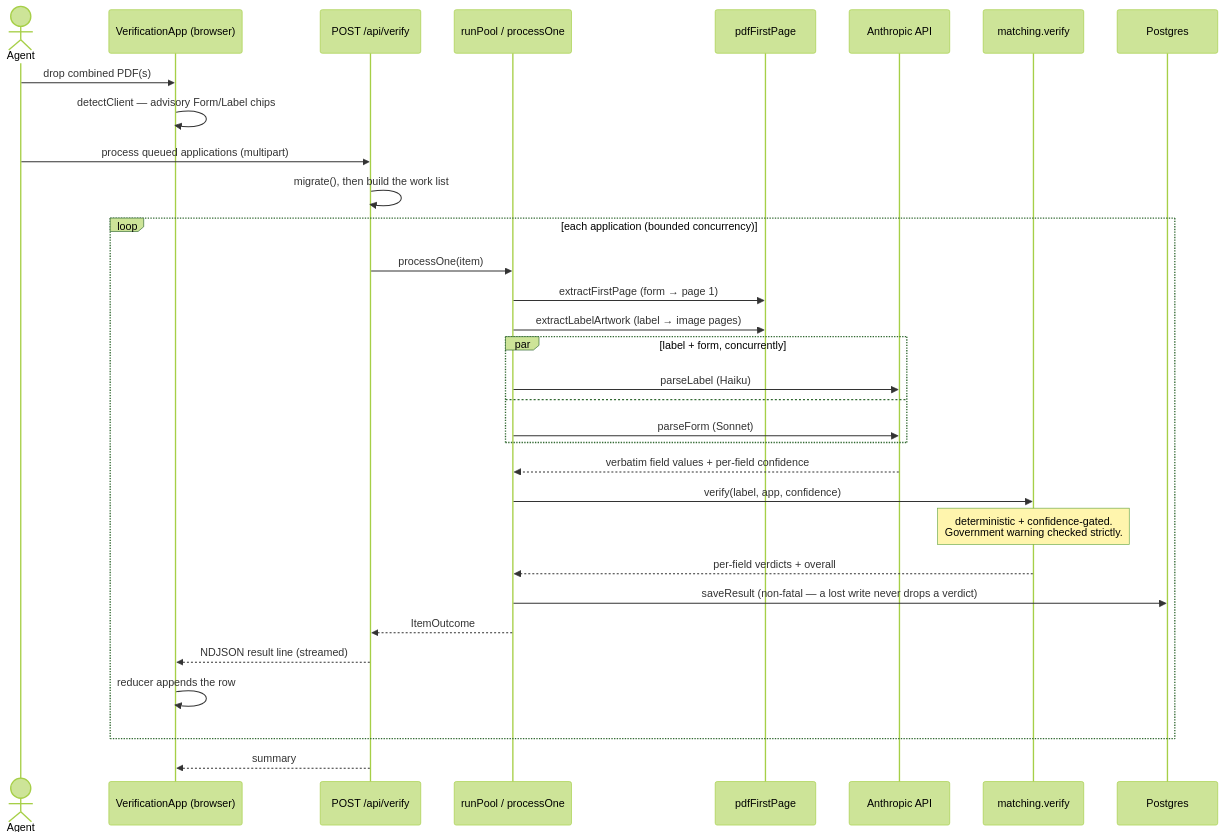
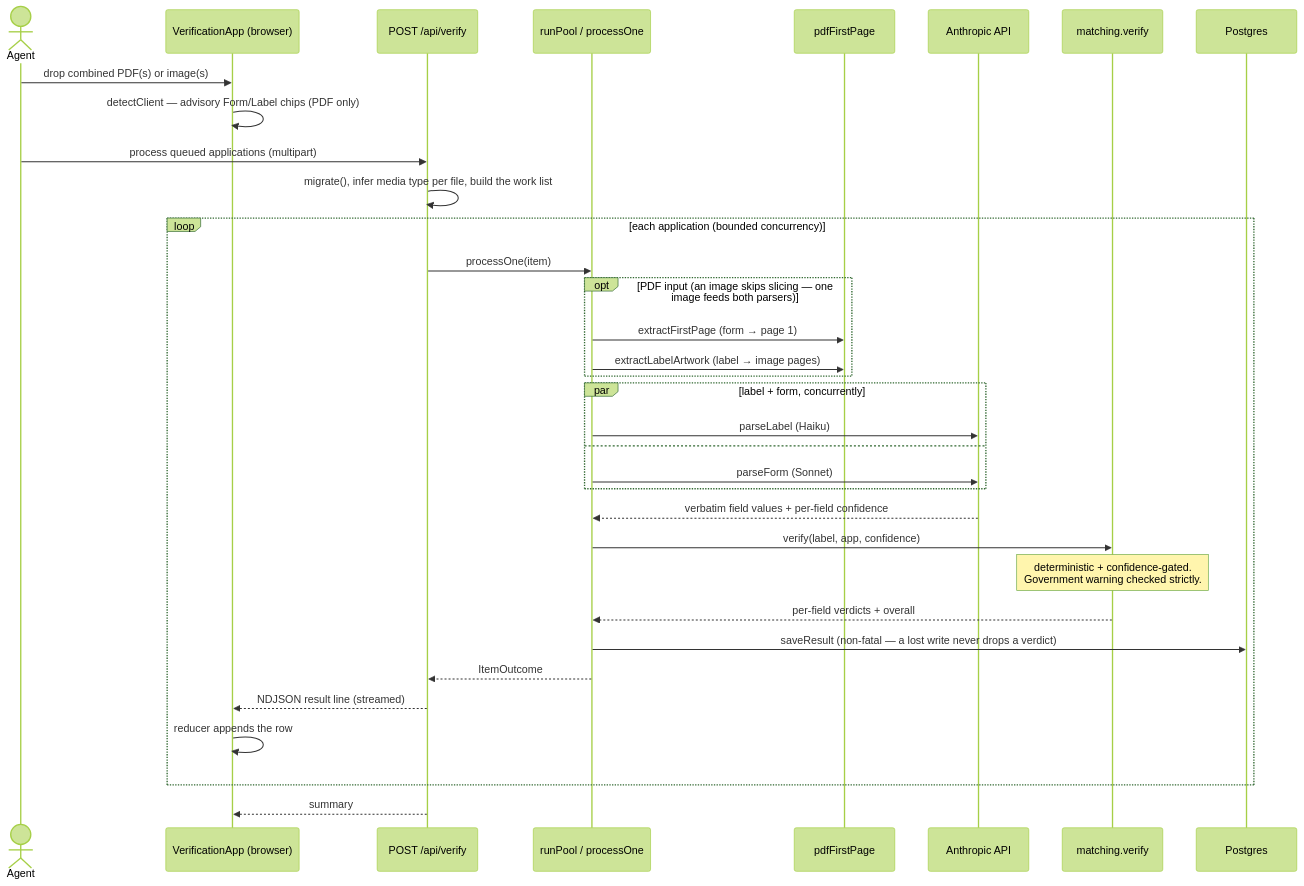
The third of 3 diagrams in docs/architecture.md (morganfry/ttb_labels), drawn with Mermaid (forest theme) before and after one commit. The commit also changed other lines of this file and 1 other file, not shown here.

First line of the commit message:
docs: reflect image uploads in README and architecture

````diff
--- a/docs/architecture.md
+++ b/docs/architecture.md
@@ -143,36 +159,38 @@
 ```mermaid
 sequenceDiagram
     actor Agent
     participant UI as VerificationApp (browser)
     participant API as POST /api/verify
     participant Pool as runPool / processOne
     participant Slice as pdfFirstPage
     participant Model as Anthropic API
     participant Judge as matching.verify
     participant DB as Postgres
 
-    Agent->>UI: drop combined PDF(s)
-    UI->>UI: detectClient — advisory Form/Label chips
+    Agent->>UI: drop combined PDF(s) or image(s)
+    UI->>UI: detectClient — advisory Form/Label chips (PDF only)
     Agent->>API: process queued applications (multipart)
-    API->>API: migrate(), then build the work list
+    API->>API: migrate(), infer media type per file, build the work list
 
     loop each application (bounded concurrency)
         API->>Pool: processOne(item)
-        Pool->>Slice: extractFirstPage (form → page 1)
-        Pool->>Slice: extractLabelArtwork (label → image pages)
+        opt PDF input (an image skips slicing — one image feeds both parsers)
+            Pool->>Slice: extractFirstPage (form → page 1)
+            Pool->>Slice: extractLabelArtwork (label → image pages)
+        end
         par label + form, concurrently
             Pool->>Model: parseLabel (Haiku)
         and
             Pool->>Model: parseForm (Sonnet)
         end
         Model-->>Pool: verbatim field values + per-field confidence
         Pool->>Judge: verify(label, app, confidence)
         Note over Judge: deterministic + confidence-gated.<br/>Government warning checked strictly.
         Judge-->>Pool: per-field verdicts + overall
         Pool->>DB: saveResult (non-fatal — a lost write never drops a verdict)
         Pool-->>API: ItemOutcome
         API-->>UI: NDJSON result line (streamed)
         UI->>UI: reducer appends the row
     end
     API-->>UI: summary
 ```
````
